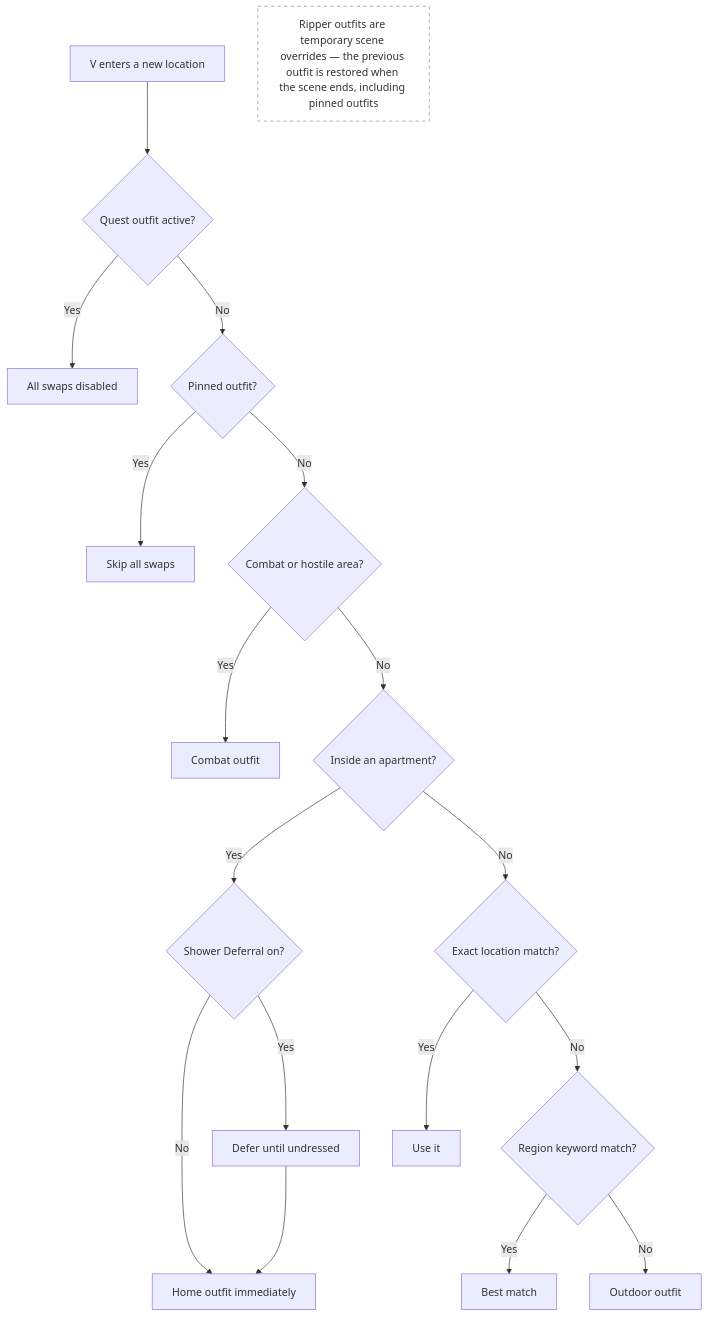
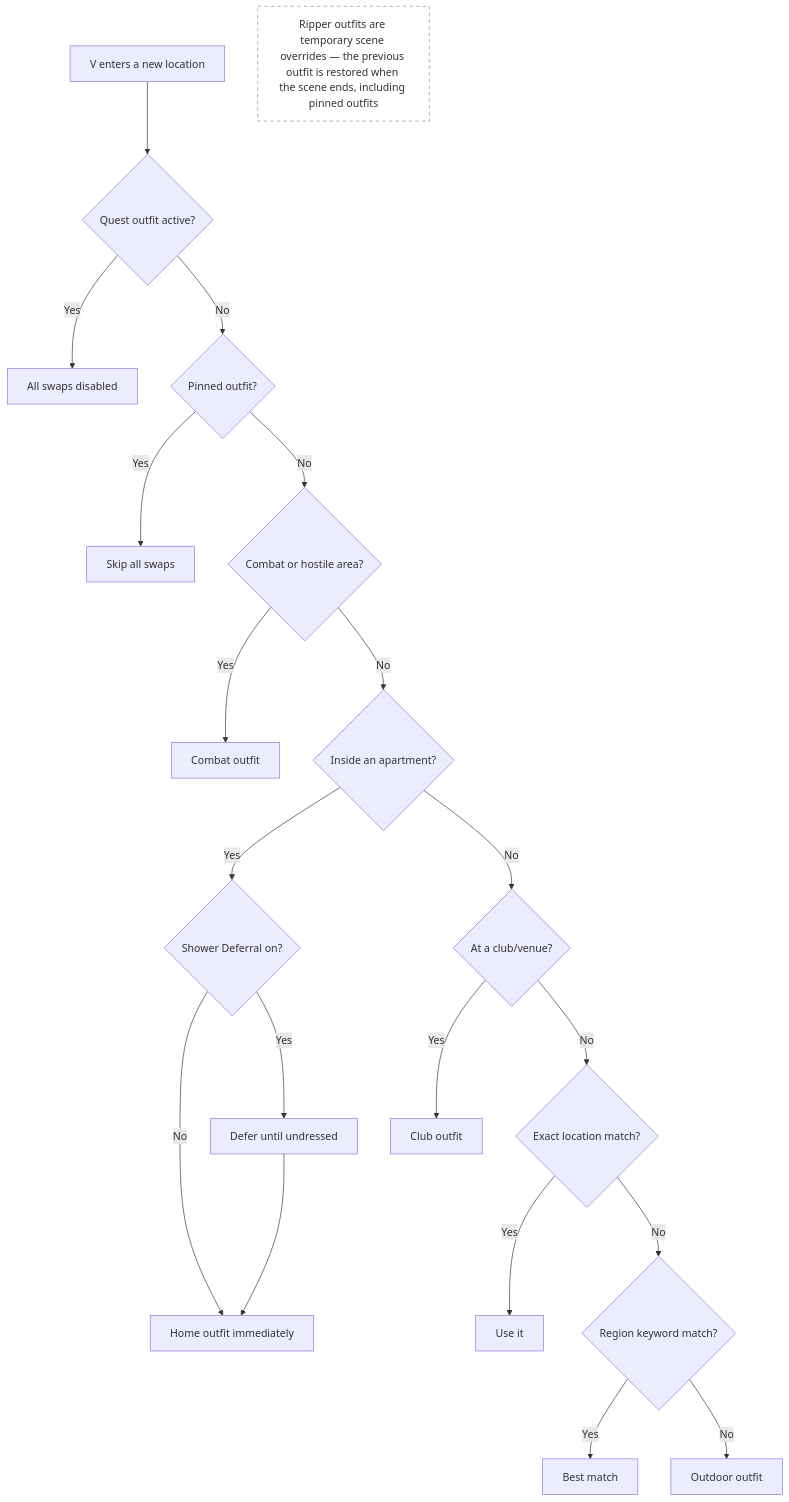
Before and after one commit to Yorivel/Dynamic-Wardrobe: the diagram in docs/priority.md, drawn with Mermaid. The commit also changed other lines of this file and 12 other files, not shown here.

````diff
--- a/docs/priority.md
+++ b/docs/priority.md
@@ -46,22 +57,24 @@
 ```mermaid
 flowchart TD
     A[V enters a new location] --> Q{Quest outfit active?}
     Q -- Yes --> R[All swaps disabled]
     Q -- No --> B{Pinned outfit?}
     B -- Yes --> C[Skip all swaps]
     B -- No --> D{Combat or hostile area?}
     D -- Yes --> E[Combat outfit]
     D -- No --> F{Inside an apartment?}
     F -- Yes --> G{Shower Deferral on?}
     G -- No --> H[Home outfit immediately]
     G -- Yes --> I[Defer until undressed]
     I --> H
-    F -- No --> J{Exact location match?}
+    F -- No --> P{At a club/venue?}
+    P -- Yes --> S[Club outfit]
+    P -- No --> J{Exact location match?}
     J -- Yes --> K[Use it]
     J -- No --> L{Region keyword match?}
     L -- Yes --> M[Best match]
     L -- No --> N[Outdoor outfit]
 
     style O fill:none,stroke:#888,stroke-dasharray: 5 5
     O["Ripper outfits are temporary scene overrides — the previous outfit is restored when the scene ends, including pinned outfits"]
 ```
````
